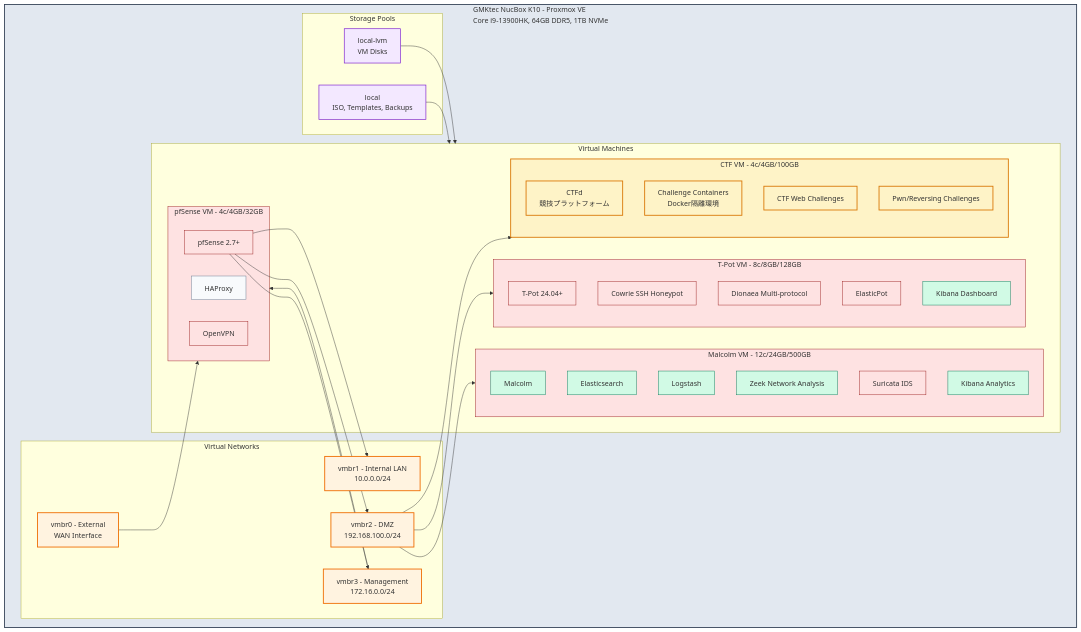
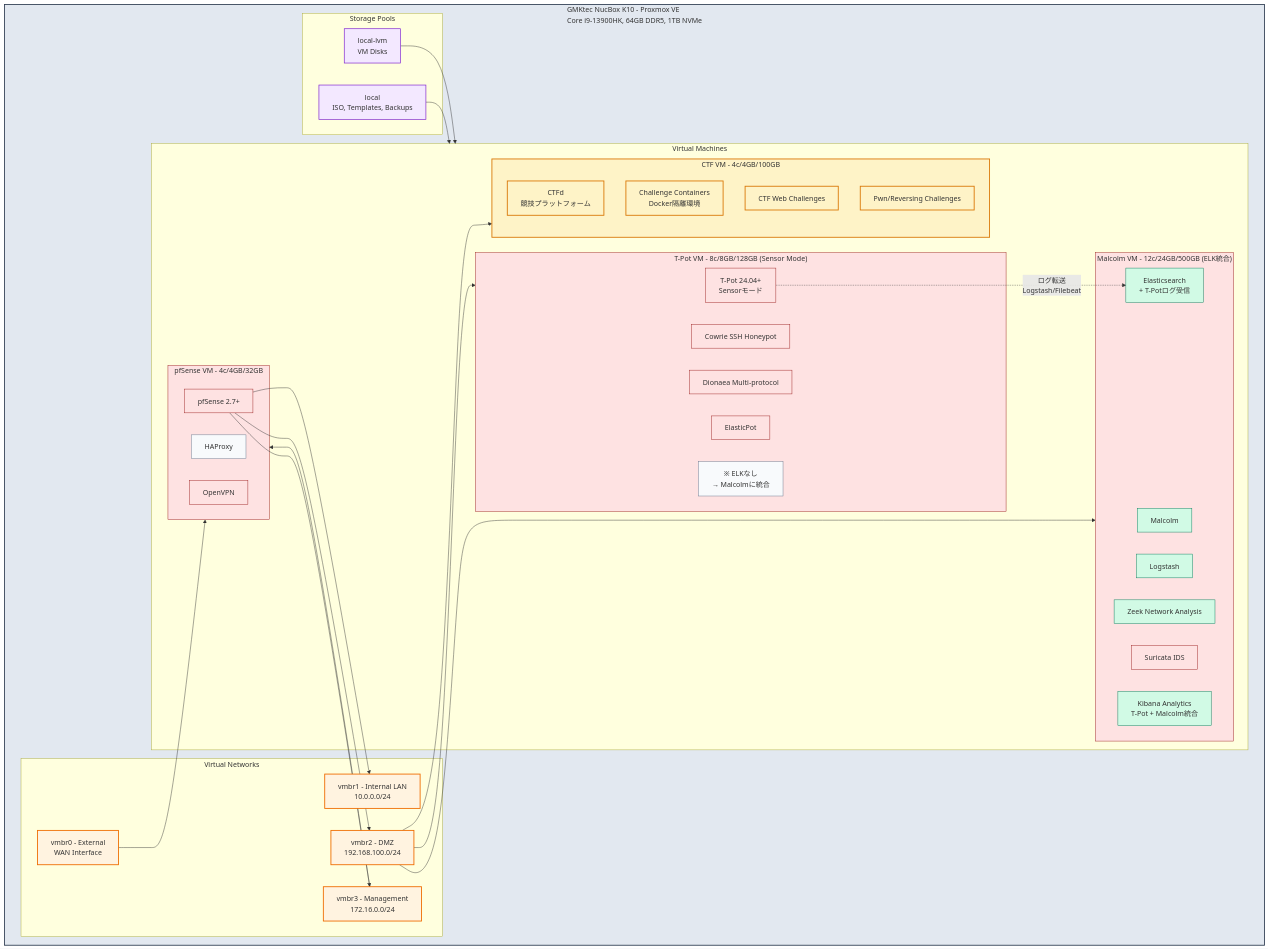
One commit to yamisskey-dev/yamisskey-host changed the second of 7 diagrams in README.md. Above: the diagram before and after it, drawn with Mermaid.

Commit message:
Update Proxmox diagram: T-Pot Sensor mode with Malcolm ELK integration
- T-Pot: Switch to Sensor mode (no local ELK stack)
- Malcolm: Centralize ELK for both network analysis and T-Pot logs
- Add log forwarding connection from T-Pot to Malcolm Elasticsearch

This reduces memory usage by avoiding duplicate ELK stacks.

🤖 Generated with [Claude Code](https://claude.com/claude-code)

```diff
--- a/README.md
+++ b/README.md
@@ -187,21 +187,21 @@
                openvpn["OpenVPN"]:::security
            end
 
-           subgraph tpot_vm["T-Pot VM - 8c/8GB/128GB"]
-               tpot["T-Pot 24.04+"]:::security
+           subgraph tpot_vm["T-Pot VM - 8c/8GB/128GB (Sensor Mode)"]
+               tpot["T-Pot 24.04+<br/>Sensorモード"]:::security
                cowrie["Cowrie SSH Honeypot"]:::security
                dionaea["Dionaea Multi-protocol"]:::security
                elasticpot["ElasticPot"]:::security
-               kibana_tpot["Kibana Dashboard"]:::monitoring
+               tpot_note["※ ELKなし<br/>→ Malcolmに統合"]:::service
            end
 
-           subgraph malcolm_vm["Malcolm VM - 12c/24GB/500GB"]
+           subgraph malcolm_vm["Malcolm VM - 12c/24GB/500GB (ELK統合)"]
                malcolm["Malcolm"]:::monitoring
-               elasticsearch["Elasticsearch"]:::monitoring
+               elasticsearch["Elasticsearch<br/>+ T-Potログ受信"]:::monitoring
                logstash["Logstash"]:::monitoring
                zeek["Zeek Network Analysis"]:::monitoring
                suricata_malcolm["Suricata IDS"]:::security
-               kibana_malcolm["Kibana Analytics"]:::monitoring
+               kibana_malcolm["Kibana Analytics<br/>T-Pot + Malcolm統合"]:::monitoring
            end
 
            subgraph ctf_vm["CTF VM - 4c/4GB/100GB"]
@@ -219,6 +219,9 @@
     vmbr2 --> malcolm_vm
     vmbr2 --> ctf_vm
     vmbr3 --> pfsense_vm
+
+    %% T-Pot Sensor → Malcolm ELK統合
+    tpot -.->|"ログ転送<br/>Logstash/Filebeat"| elasticsearch
     
     %% Internal VM connections
     pfsense --> vmbr1
```
